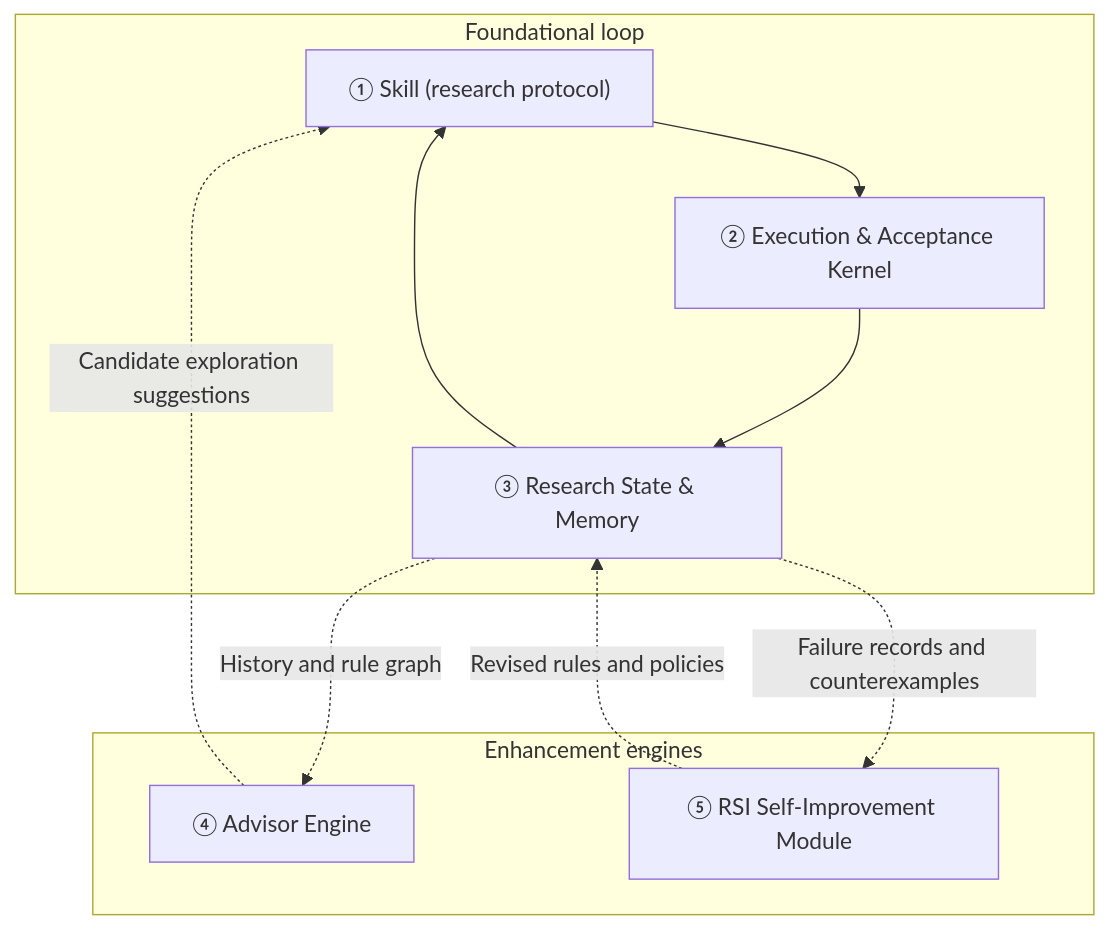
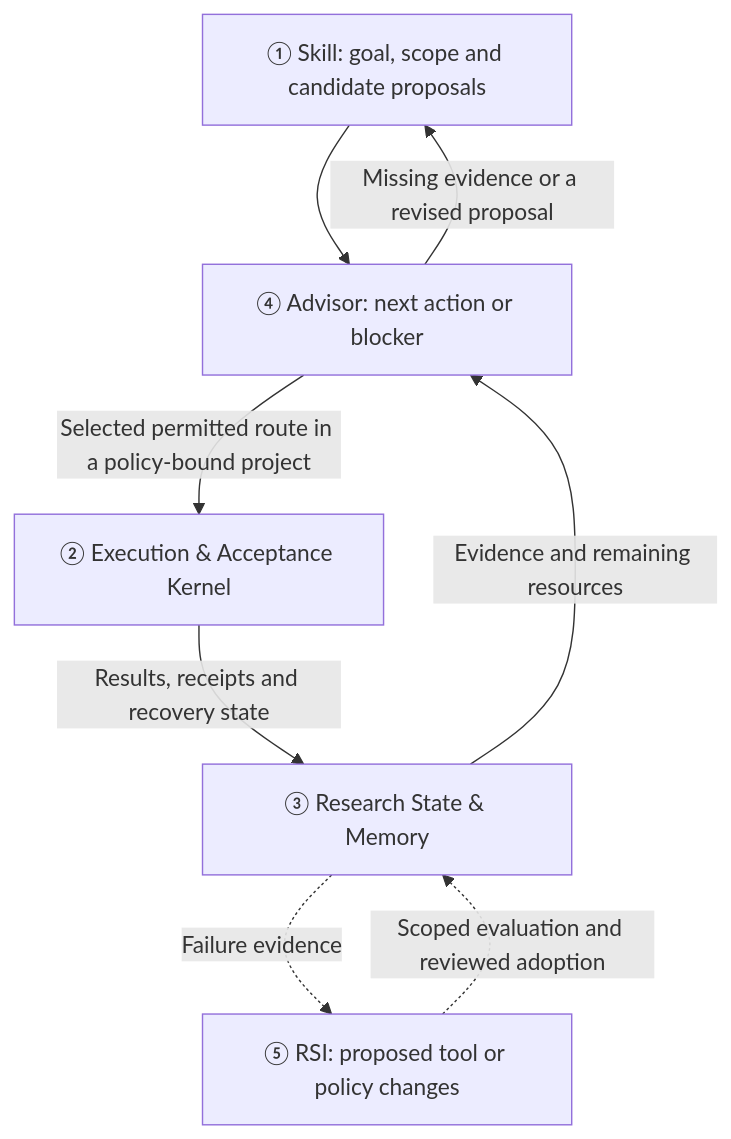
One commit to kongtou20070406/RDS changed the diagram in README.md. Above: the diagram before and after it, drawn with Mermaid. The commit also changed other lines of this file and 7 other files, not shown here.

````diff
--- a/README.md
+++ b/README.md
@@ -49,14 +49,10 @@
 ```mermaid
 flowchart TD
-    subgraph Foundational_loop[Foundational loop]
-        S["① Skill (research protocol)"] --> K["② Execution & Acceptance Kernel"]
-        K --> M["③ Research State & Memory"]
-        M --> S
-    end
-    subgraph Enhancement_engines[Enhancement engines]
-        M -. History and rule graph .-> A["④ Advisor Engine"]
-        A -. Candidate exploration suggestions .-> S
-        M -. Failure records and counterexamples .-> R["⑤ RSI Self-Improvement Module"]
-        R -. Revised rules and policies .-> M
-    end
+    S["① Skill: goal, scope and candidate proposals"] --> A["④ Advisor: next action or blocker"]
+    M["③ Research State & Memory"] -->|Evidence and remaining resources| A
+    A -->|Selected permitted route in a policy-bound project| K["② Execution & Acceptance Kernel"]
+    K -->|Results, receipts and recovery state| M
+    A -->|Missing evidence or a revised proposal| S
+    M -. Failure evidence .-> R["⑤ RSI: proposed tool or policy changes"]
+    R -. Scoped evaluation and reviewed adoption .-> M
 ```
````
